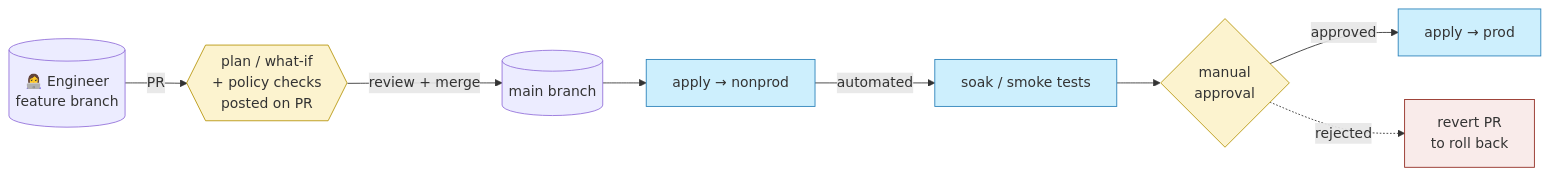
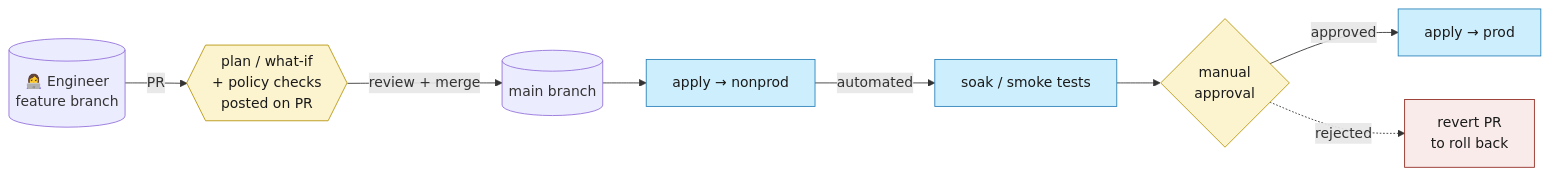
One commit to erjosito/alz-repo-best-practices changed the diagram in docs/04-branching-and-environments.md. Above: the diagram before and after it, drawn with Mermaid. The commit also changed other lines of this file and 12 other files, not shown here.

First line of the commit message:
Add glossary boxes, fix diagram readability, replace broken Diátaxis chart

````diff
--- a/docs/04-branching-and-environments.md
+++ b/docs/04-branching-and-environments.md
@@ -49,17 +61,17 @@
 ```mermaid
 flowchart LR
     Dev[("👩‍💻 Engineer<br/>feature branch")] -->|PR| Plan{{"plan / what-if<br/>+ policy checks<br/>posted on PR"}}
     Plan -->|review + merge| Main[("main branch")]
     Main --> NP["apply → nonprod"]
     NP -->|automated| Soak["soak / smoke tests"]
     Soak --> Gate{"manual<br/>approval"}
     Gate -->|approved| Prod["apply → prod"]
     Gate -.->|rejected| Revert["revert PR<br/>to roll back"]
 
-    classDef env fill:#cdeffd,stroke:#2980b9
-    classDef gate fill:#fcf3cf,stroke:#b7950b
-    classDef bad fill:#f9ebea,stroke:#922b21
+    classDef env fill:#cdeffd,stroke:#2980b9,color:#1a1a1a
+    classDef gate fill:#fcf3cf,stroke:#b7950b,color:#1a1a1a
+    classDef bad fill:#f9ebea,stroke:#922b21,color:#1a1a1a
     class NP,Prod,Soak env
     class Plan,Gate gate
     class Revert bad
 ```
````
